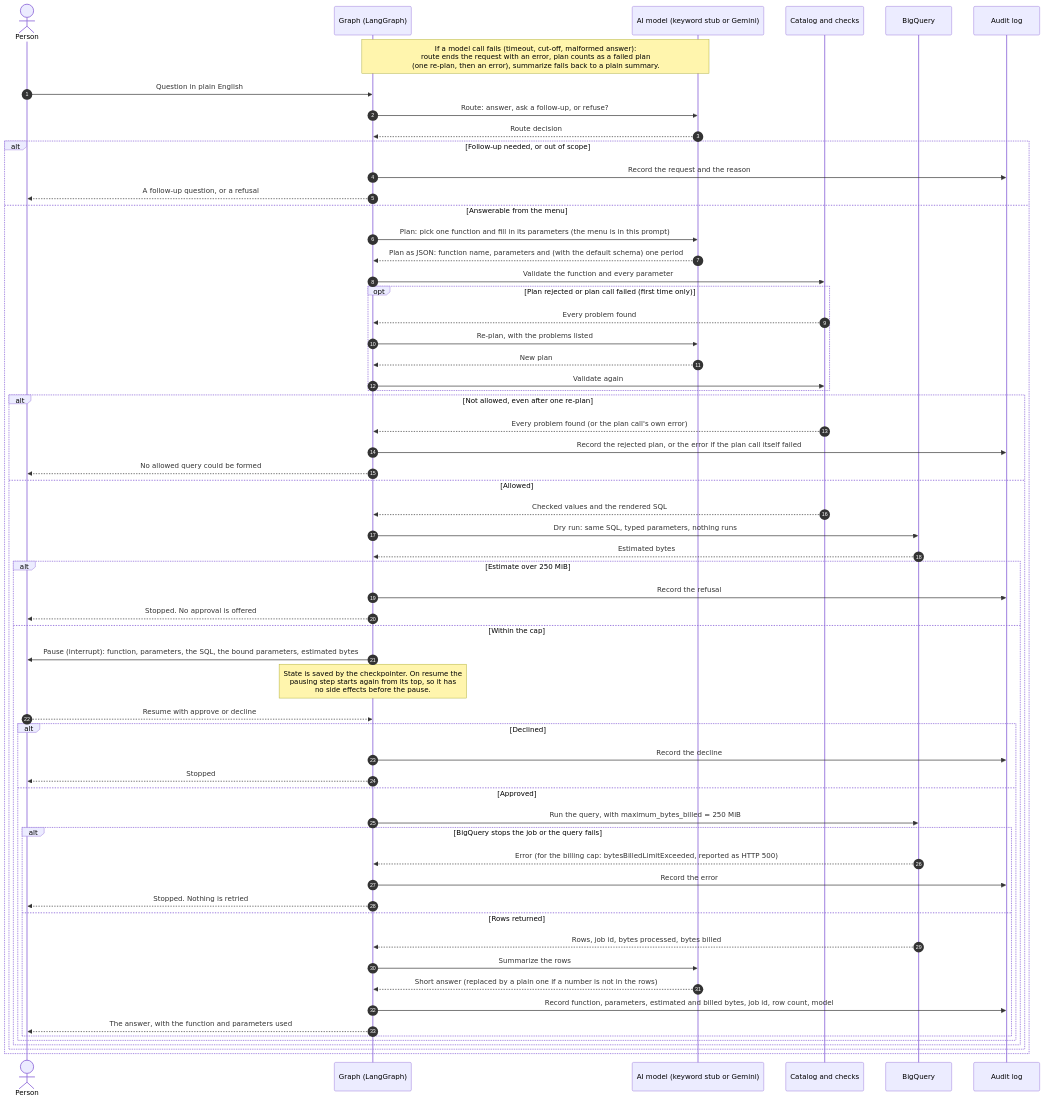
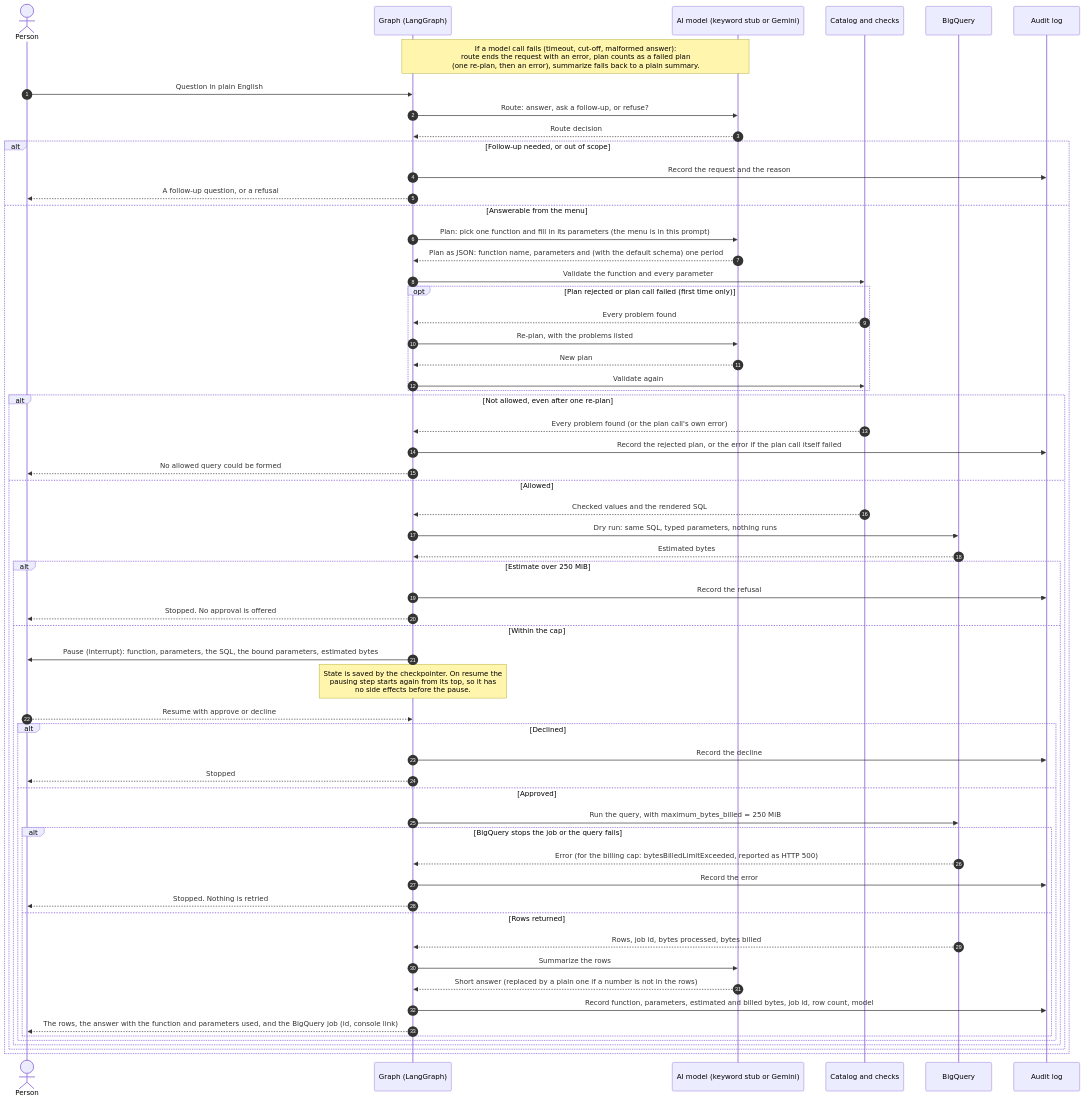
The second of 3 diagrams in README.md (sandeepkesarkar/bq-query-agent), drawn with Mermaid before and after one commit. The commit also changed other lines of this file, not shown here.

Commit message:
Bring the README diagram and test notes up to date with the demo

````diff
--- a/README.md
+++ b/README.md
@@ -98,68 +98,68 @@
 ```mermaid
 sequenceDiagram
     autonumber
     actor P as Person
     participant G as Graph (LangGraph)
     participant M as AI model (keyword stub or Gemini)
     participant C as Catalog and checks
     participant B as BigQuery
     participant L as Audit log
 
     Note over G,M: If a model call fails (timeout, cut-off, malformed answer):<br/>route ends the request with an error, plan counts as a failed plan<br/>(one re-plan, then an error), summarize falls back to a plain summary.
     P->>G: Question in plain English
     G->>M: Route: answer, ask a follow-up, or refuse?
     M-->>G: Route decision
 
     alt Follow-up needed, or out of scope
         G->>L: Record the request and the reason
         G-->>P: A follow-up question, or a refusal
     else Answerable from the menu
         G->>M: Plan: pick one function and fill in its parameters (the menu is in this prompt)
         M-->>G: Plan as JSON: function name, parameters and (with the default schema) one period
 
         G->>C: Validate the function and every parameter
         opt Plan rejected or plan call failed (first time only)
             C-->>G: Every problem found
             G->>M: Re-plan, with the problems listed
             M-->>G: New plan
             G->>C: Validate again
         end
 
         alt Not allowed, even after one re-plan
             C-->>G: Every problem found (or the plan call's own error)
             G->>L: Record the rejected plan, or the error if the plan call itself failed
             G-->>P: No allowed query could be formed
         else Allowed
             C-->>G: Checked values and the rendered SQL
             G->>B: Dry run: same SQL, typed parameters, nothing runs
             B-->>G: Estimated bytes
 
             alt Estimate over 250 MiB
                 G->>L: Record the refusal
                 G-->>P: Stopped. No approval is offered
             else Within the cap
                 G->>P: Pause (interrupt): function, parameters, the SQL, the bound parameters, estimated bytes
                 Note over G: State is saved by the checkpointer. On resume the<br/>pausing step starts again from its top, so it has<br/>no side effects before the pause.
                 P-->>G: Resume with approve or decline
 
                 alt Declined
                     G->>L: Record the decline
                     G-->>P: Stopped
                 else Approved
                     G->>B: Run the query, with maximum_bytes_billed = 250 MiB
                     alt BigQuery stops the job or the query fails
                         B-->>G: Error (for the billing cap: bytesBilledLimitExceeded, reported as HTTP 500)
                         G->>L: Record the error
                         G-->>P: Stopped. Nothing is retried
                     else Rows returned
                         B-->>G: Rows, job id, bytes processed, bytes billed
                         G->>M: Summarize the rows
                         M-->>G: Short answer (replaced by a plain one if a number is not in the rows)
                         G->>L: Record function, parameters, estimated and billed bytes, job id, row count, model
-                        G-->>P: The answer, with the function and parameters used
+                        G-->>P: The rows, the answer with the function and parameters used, and the BigQuery job (id, console link)
                     end
                 end
             end
         end
     end
 ```
````
